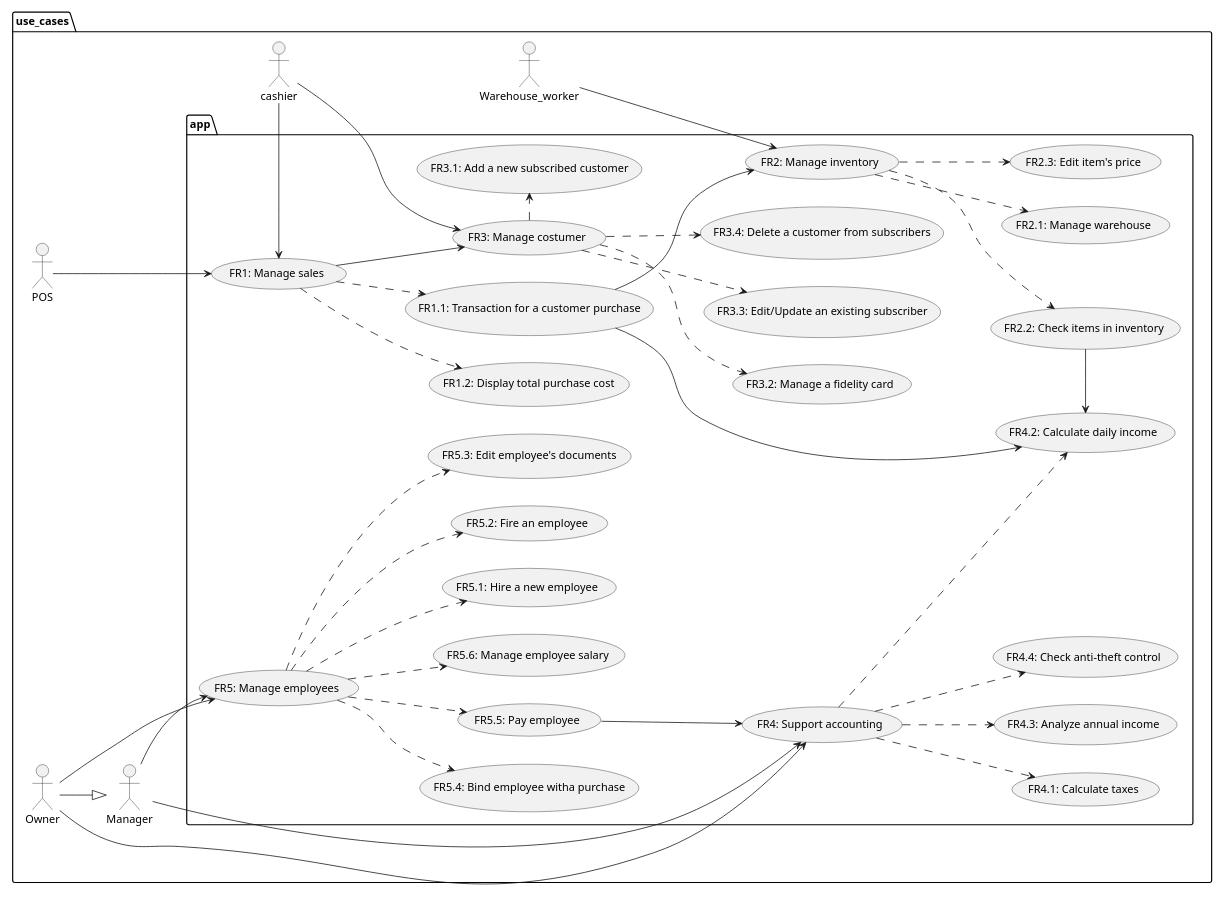
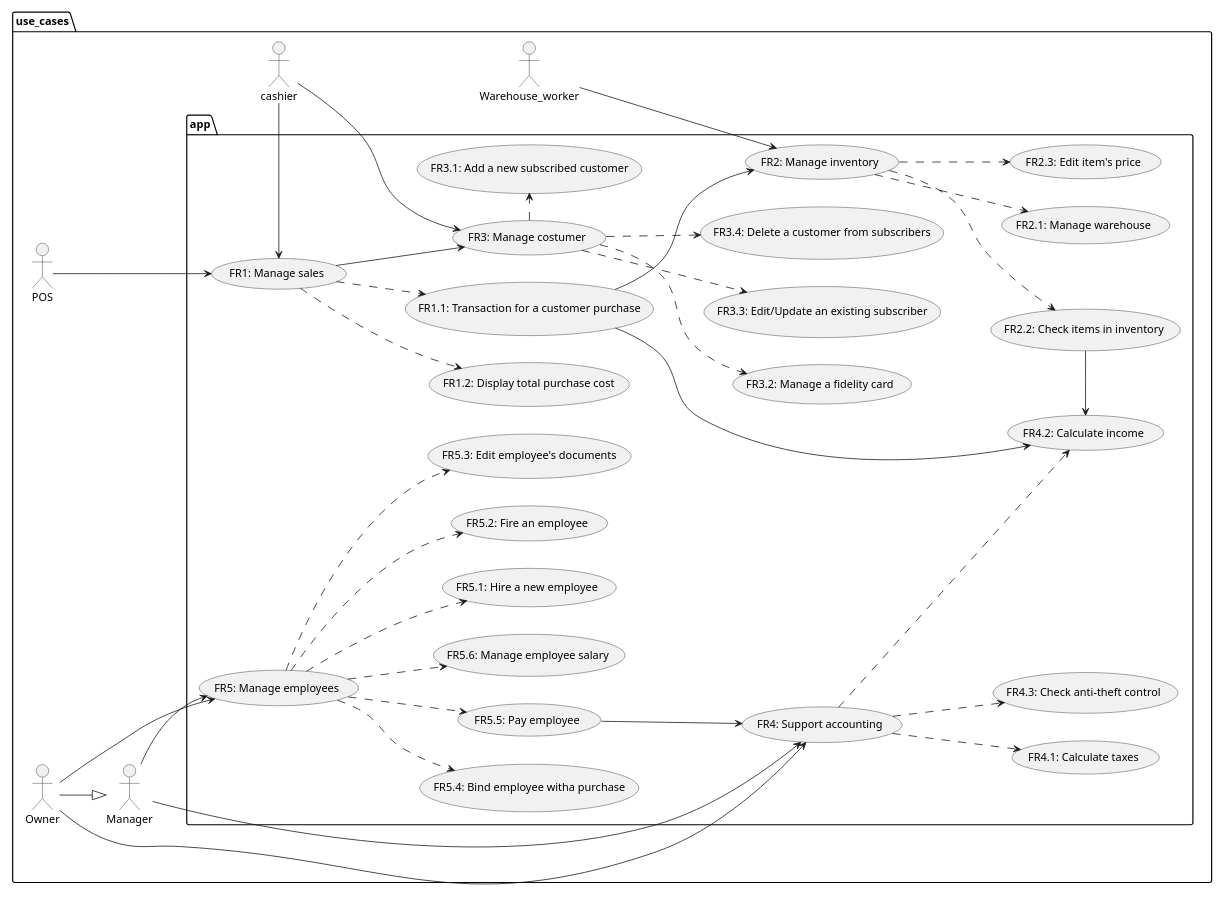
The second of 5 diagrams in Deliverables/RequirementsDocument.md (mkexc/ezshop), drawn with PlantUML before and after one commit. The commit also changed other lines of this file and 1 other file, not shown here.

Commit message:
(RequirementDocuments.ms)docs: added stackeholders, edited case diagram, edited UseCase 4.1 and 2.1, merged FR4.2 and 4.3; (GUIprototype)docs: updated GUI links

````diff
--- a/Deliverables/RequirementsDocument.md
+++ b/Deliverables/RequirementsDocument.md
@@ -183,77 +182,75 @@
 ```plantuml
 @startuml
 scale max 1024 width
 
 left to right direction
 package use_cases{
     actor cashier as CSH
     actor POS
     actor Warehouse_worker as WW
     actor Manager as MNG
     actor Owner as OWN
 
     package app {
         usecase "FR1: Manage sales" as FR1
         usecase "FR1.1: Transaction for a customer purchase" as FR1_1
         usecase "FR1.2: Display total purchase cost" as FR1_2
         usecase "FR2: Manage inventory" as FR2
         usecase "FR2.1: Manage warehouse" as FR2_1
         usecase "FR2.2: Check items in inventory" as FR2_2
         usecase "FR2.3: Edit item's price" as FR2_3
         usecase "FR3: Manage costumer" as FR3
         usecase "FR3.1: Add a new subscribed customer" as FR3_1
         usecase "FR3.2: Manage a fidelity card" as FR3_2
         usecase "FR3.3: Edit/Update an existing subscriber" as FR3_3
         usecase "FR3.4: Delete a customer from subscribers" as FR3_4
         usecase "FR4: Support accounting" as FR4
         usecase "FR4.1: Calculate taxes" as FR4_1
-        usecase "FR4.2: Calculate daily income" as FR4_2
-        usecase "FR4.3: Analyze annual income" as FR4_3
-        usecase "FR4.4: Check anti-theft control" as FR4_4
+        usecase "FR4.2: Calculate income" as FR4_2
+        usecase "FR4.3: Check anti-theft control" as FR4_3
         usecase "FR5: Manage employees" as FR5
         usecase "FR5.1: Hire a new employee" as FR5_1
         usecase "FR5.2: Fire an employee" as FR5_2
         usecase "FR5.3: Edit employee's documents" as FR5_3
         usecase "FR5.4: Bind employee witha purchase" as FR5_4
         usecase "FR5.5: Pay employee" as FR5_5
         usecase "FR5.6: Manage employee salary" as FR5_6
 
         CSH -> FR1
         CSH --> FR3
         POS ---> FR1
         WW  --> FR2
         MNG --> FR5
         MNG --> FR4
         OWN --|> MNG
         OWN --> FR5
         OWN --> FR4
 
         FR1 --> FR3
         FR1 ..> FR1_1
         FR1 ..> FR1_2
         FR1_1 --> FR2
         FR1_1 --> FR4_2
         FR2 ..> FR2_1
         FR2 ..> FR2_2
         FR2 ..> FR2_3
         FR2_2 -> FR4_2
         FR3 .> FR3_1
         FR3 ..> FR3_2
         FR3 ..> FR3_3
         FR3 ..> FR3_4
         FR4 ..> FR4_1
         FR4 ..> FR4_2
         FR4 ..> FR4_3
-        FR4 ..> FR4_4
         FR5 ..> FR5_1
         FR5 ..> FR5_2
         FR5 ..> FR5_3
         FR5 ..> FR5_4
         FR5 ..> FR5_5
         FR5 ..> FR5_6
         FR5_5 --> FR4
     }
 }
 
 @enduml
 ```
````
